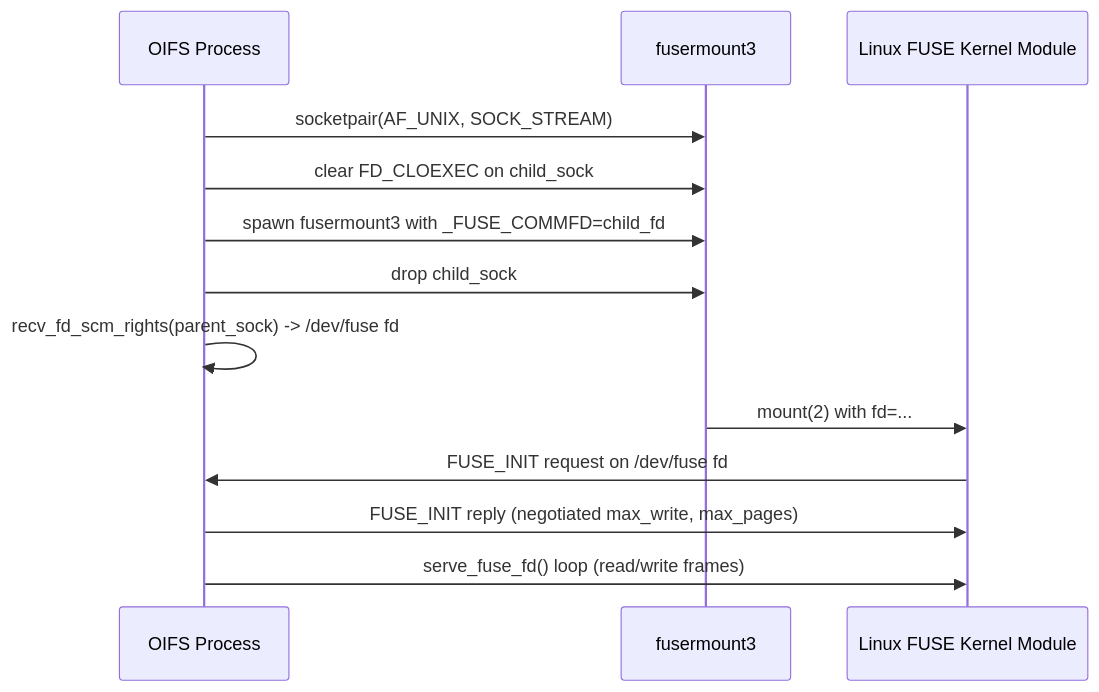
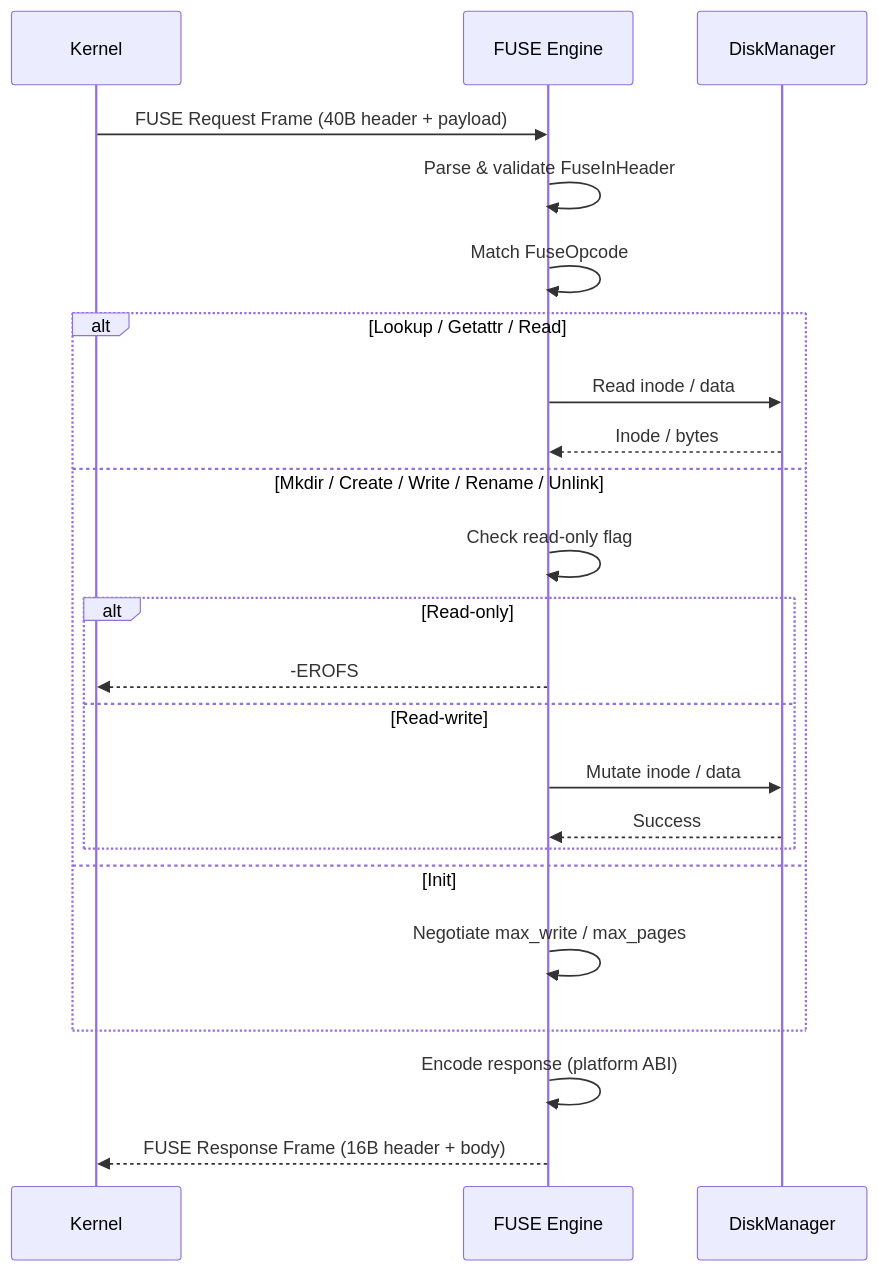
Before and after one commit to ych/oifs: the diagram in openwiki/architecture/fuse_engine.md, drawn with Mermaid. The commit also changed other lines of this file and 55 other files, not shown here.

````diff
--- a/openwiki/architecture/fuse_engine.md
+++ b/openwiki/architecture/fuse_engine.md
@@ -144,15 +117,26 @@
 ```mermaid
 sequenceDiagram
-    participant App as OIFS Process
-    participant FS as fusermount3
-    participant Kernel as Linux FUSE Kernel Module
-    App->>FS: socketpair(AF_UNIX, SOCK_STREAM)
-    App->>FS: clear FD_CLOEXEC on child_sock
-    App->>FS: spawn fusermount3 with _FUSE_COMMFD=child_fd
-    App->>FS: drop child_sock
-    App->>App: recv_fd_scm_rights(parent_sock) -> /dev/fuse fd
-    FS->>Kernel: mount(2) with fd=...
-    Kernel->>App: FUSE_INIT request on /dev/fuse fd
-    App->>Kernel: FUSE_INIT reply (negotiated max_write, max_pages)
-    App->>Kernel: serve_fuse_fd() loop (read/write frames)
+    participant Kernel
+    participant FUSE as FUSE Engine
+    participant Disk as DiskManager
+    
+    Kernel->>FUSE: FUSE Request Frame (40B header + payload)
+    FUSE->>FUSE: Parse & validate FuseInHeader
+    FUSE->>FUSE: Match FuseOpcode
+    alt Lookup / Getattr / Read
+        FUSE->>Disk: Read inode / data
+        Disk-->>FUSE: Inode / bytes
+    else Mkdir / Create / Write / Rename / Unlink
+        FUSE->>FUSE: Check read-only flag
+        alt Read-only
+            FUSE-->>Kernel: -EROFS
+        else Read-write
+            FUSE->>Disk: Mutate inode / data
+            Disk-->>FUSE: Success
+        end
+    else Init
+        FUSE->>FUSE: Negotiate max_write / max_pages
+    end
+    FUSE->>FUSE: Encode response (platform ABI)
+    FUSE-->>Kernel: FUSE Response Frame (16B header + body)
 ```
````
